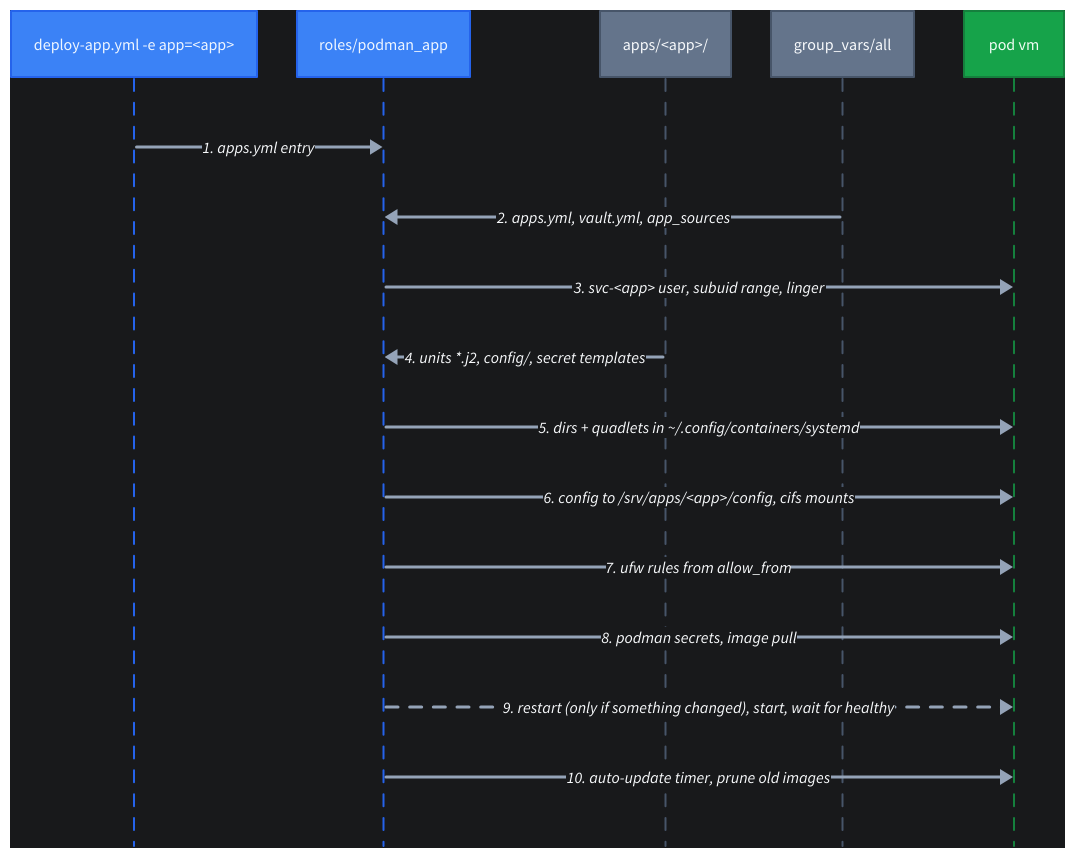
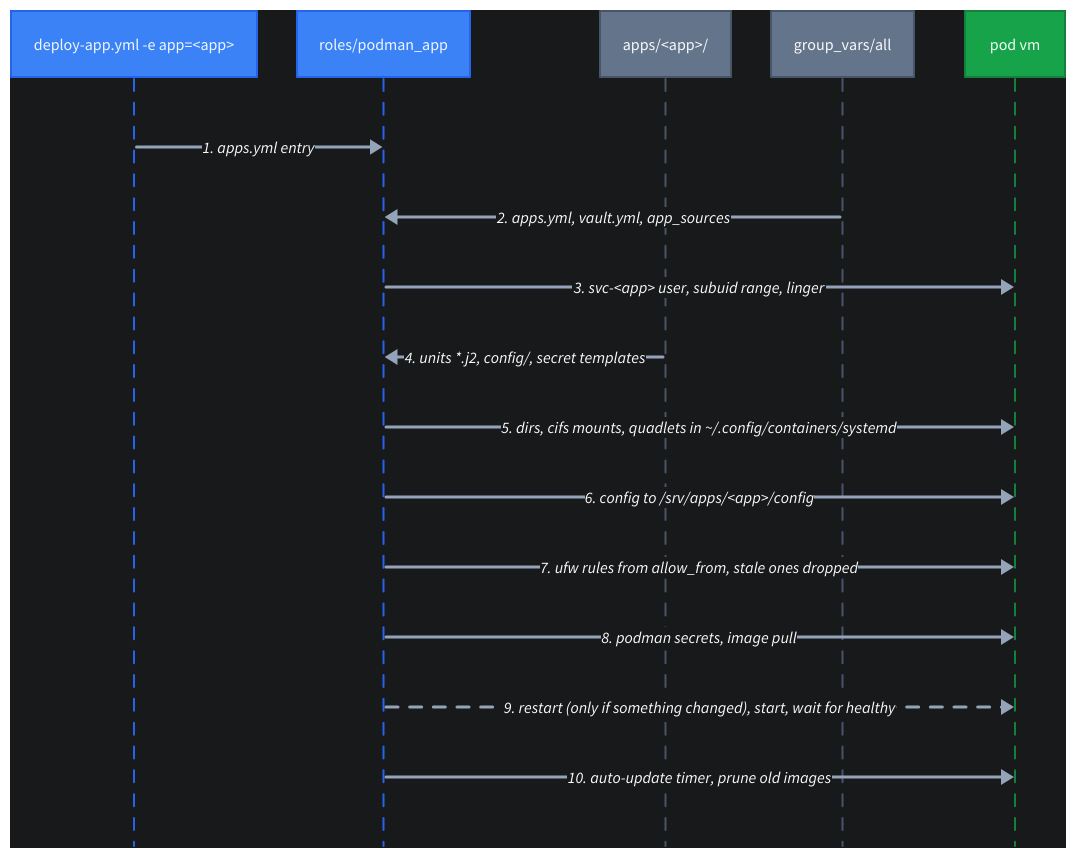
One commit to yaml-0x74696d/homelab changed the diagram in docs/diagrams/deploy-app.d2. Above: the diagram before and after it, drawn with D2. The commit also changed 6 other files, not shown here.

Commit message:
readme, architecture, security and c4 texts match the code

```diff
--- a/docs/diagrams/deploy-app.d2
+++ b/docs/diagrams/deploy-app.d2
@@ -1,32 +1,32 @@
 # podman_app deploy flow. `just diagrams` renders it to docs/img/deploy-app.svg
 # colours from likec4: blue = ansible code, slate = inputs, green (c4 accent) = target
 shape: sequence_diagram
 style.fill: "#18191b"   # likec4 dark canvas
 
 classes: {
   code: {style: {fill: "#3b82f6"; stroke: "#2563eb"; font-color: "#eff6ff"}}
   input: {style: {fill: "#64748b"; stroke: "#475569"; font-color: "#f8fafc"}}
   target: {style: {fill: "#16a34a"; stroke: "#15803d"; font-color: "#f0fdf4"}}
 }
 (* -> *)[*].style: {
   stroke: "#94a3b8"
   stroke-width: 3
   font-color: "#f8fafc"
 }
 
 pb: "deploy-app.yml -e app=<app>" {class: code}
 role: "roles/podman_app" {class: code}
 src: "apps/<app>/" {class: input}
 facts: "group_vars/all" {class: input}
 host: "pod vm" {class: target}
 
 pb -> role: "1. apps.yml entry"
 facts -> role: "2. apps.yml, vault.yml, app_sources"
 role -> host: "3. svc-<app> user, subuid range, linger"
 src -> role: "4. units *.j2, config/, secret templates"
-role -> host: "5. dirs + quadlets in ~/.config/containers/systemd"
-role -> host: "6. config to /srv/apps/<app>/config, cifs mounts"
-role -> host: "7. ufw rules from allow_from"
+role -> host: "5. dirs, cifs mounts, quadlets in ~/.config/containers/systemd"
+role -> host: "6. config to /srv/apps/<app>/config"
+role -> host: "7. ufw rules from allow_from, stale ones dropped"
 role -> host: "8. podman secrets, image pull"
 role -> host: "9. restart (only if something changed), start, wait for healthy" {style.stroke-dash: 4}
 role -> host: "10. auto-update timer, prune old images"
```
